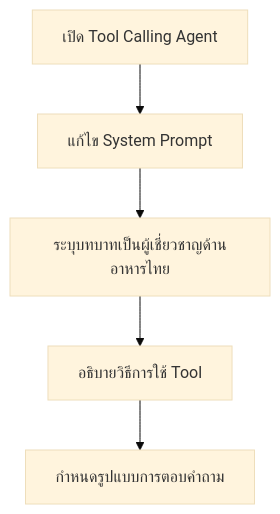
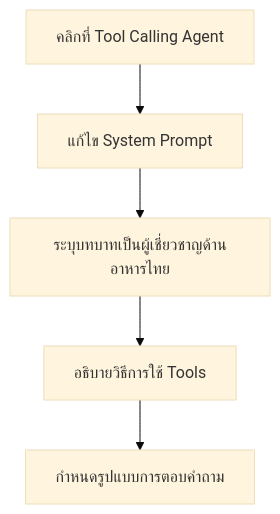
One commit to amornpan/langflow-ai changed diagram 11 of 18 in hand-on_2-3/README_TH.md. Above: the diagram before and after it, drawn with Mermaid (base theme). The commit also changed other lines of this file and 3 other files, not shown here.

````diff
--- a/hand-on_2-3/README_TH.md
+++ b/hand-on_2-3/README_TH.md
@@ -264,7 +250,7 @@
 ```mermaid
 graph TD
-    A[เปิด Tool Calling Agent] --> B[แก้ไข System Prompt]
+    A[คลิกที่ Tool Calling Agent] --> B[แก้ไข System Prompt]
     B --> C[ระบุบทบาทเป็นผู้เชี่ยวชาญด้านอาหารไทย]
-    C --> D[อธิบายวิธีการใช้ Tool]
+    C --> D[อธิบายวิธีการใช้ Tools]
     D --> E[กำหนดรูปแบบการตอบคำถาม]
 ```
````
